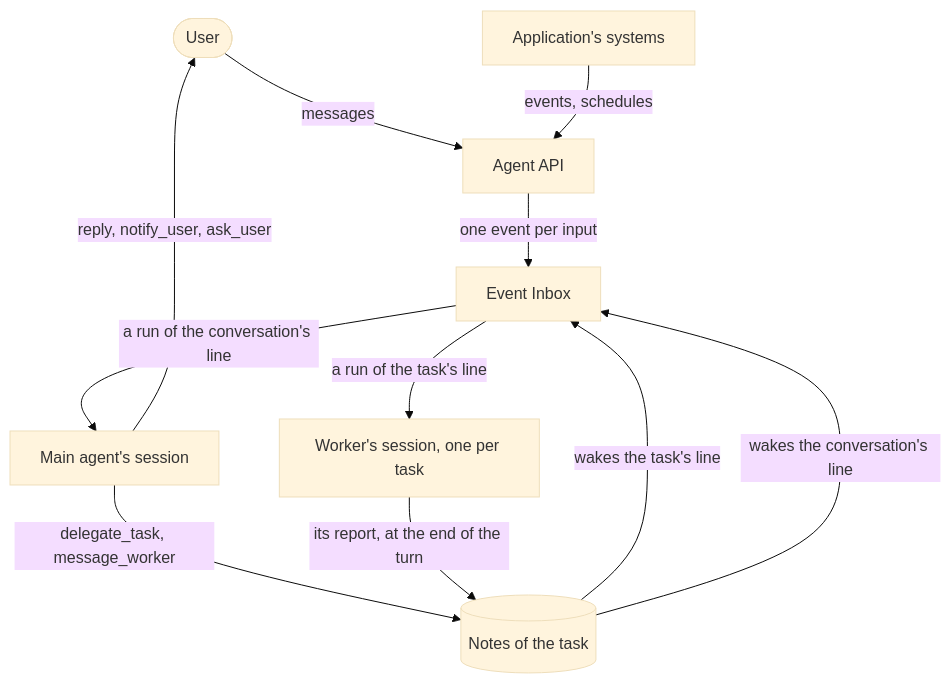
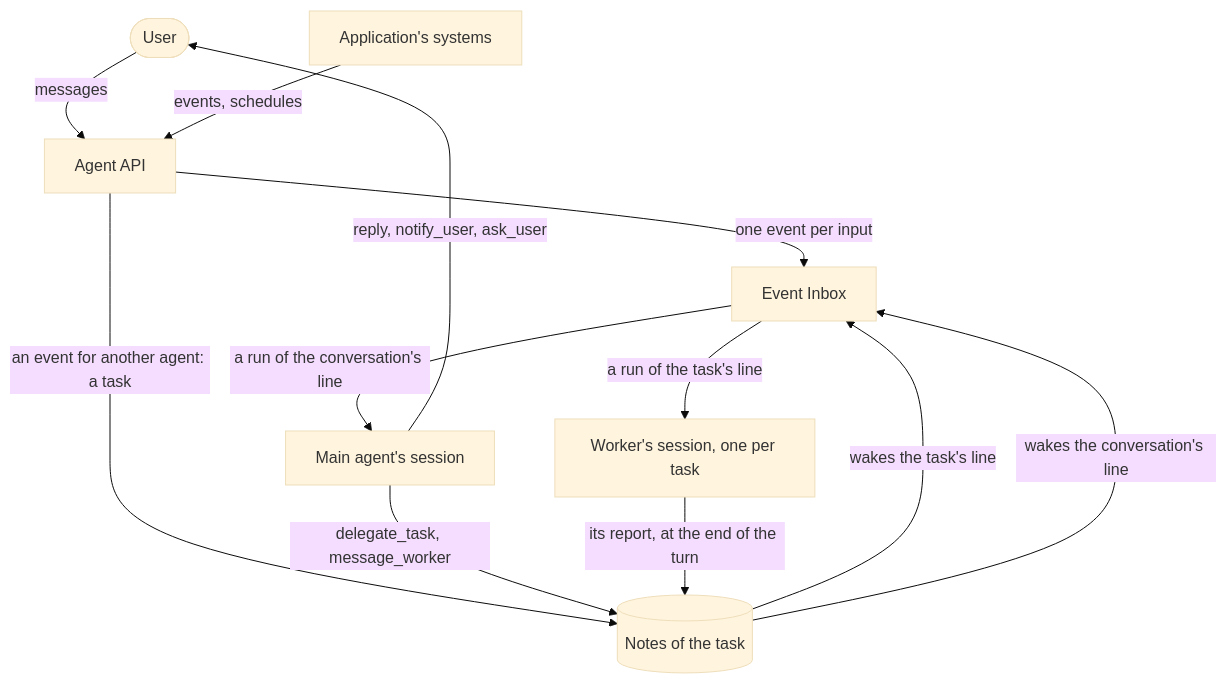
Before and after one commit to joannaann0213-coder/Agent-research: the diagram in proactive-agent/docs/en/main-agent.md, drawn with Mermaid (base theme). The commit also changed other lines of this file and 23 other files, not shown here.

````diff
--- a/proactive-agent/docs/en/main-agent.md
+++ b/proactive-agent/docs/en/main-agent.md
@@ -16,13 +16,14 @@
 ```mermaid
 flowchart TD
     user(["User"]) -- "messages" --> api["Agent API"]
     systems["Application's systems"] -- "events, schedules" --> api
     api -- "one event per input" --> inbox["Event Inbox"]
+    api -- "an event for another agent: a task" --> notes
     inbox -- "a run of the conversation's line" --> main["Main agent's session"]
     main -- "delegate_task, message_worker" --> notes[("Notes of the task")]
     notes -- "wakes the task's line" --> inbox
     inbox -- "a run of the task's line" --> worker["Worker's session, one per task"]
     worker -- "its report, at the end of the turn" --> notes
     notes -- "wakes the conversation's line" --> inbox
     main -- "reply, notify_user, ask_user" --> user
 ```
````
